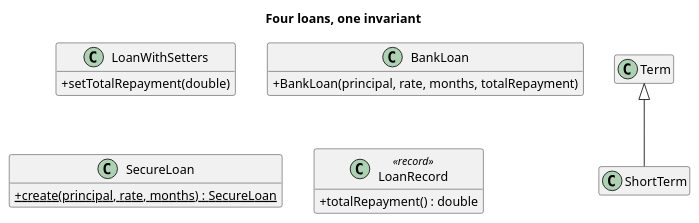
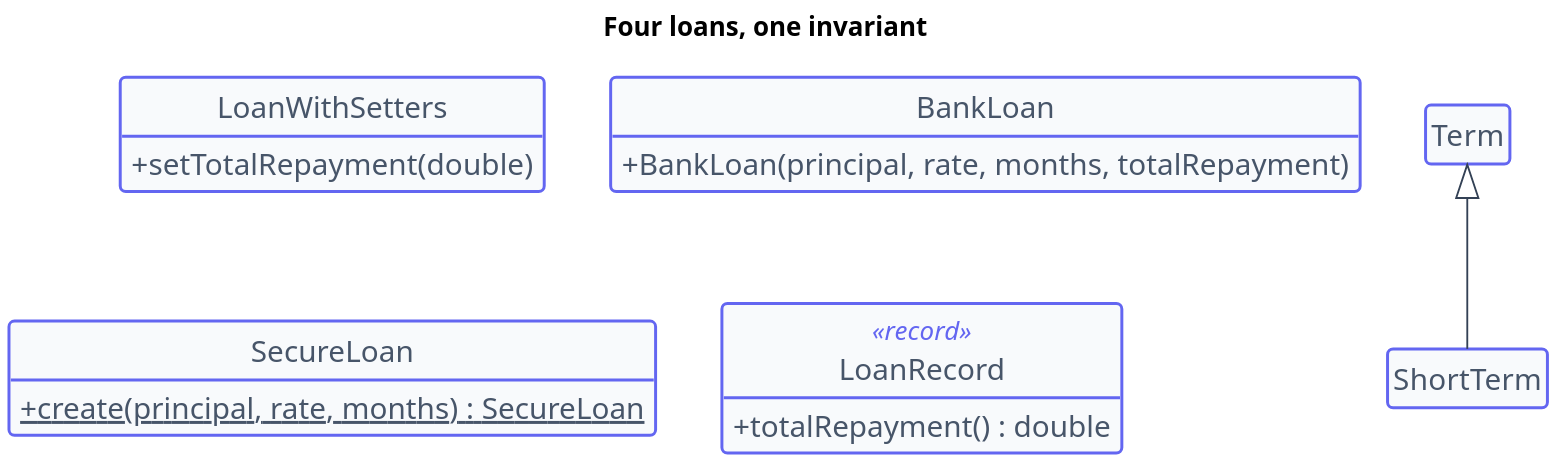
One commit to kaldiroglu/DesignPatternsWithJava changed the diagram in src/main/java/dev/kaldiroglu/dp/creational/introduction/bank/uml/CD.puml. Above: the diagram before and after it, drawn with PlantUML. The commit also changed 283 other files, not shown here.

```diff
--- a/src/main/java/dev/kaldiroglu/dp/creational/introduction/bank/uml/CD.puml
+++ b/src/main/java/dev/kaldiroglu/dp/creational/introduction/bank/uml/CD.puml
@@ -1,20 +1,82 @@
 @startuml
+' begin shared style: tools/creational-uml-style.iuml
+skinparam backgroundColor transparent
+skinparam shadowing false
 skinparam classAttributeIconSize 0
+skinparam defaultFontName Helvetica
+skinparam defaultFontSize 18
+skinparam dpi 200
+skinparam roundCorner 6
+skinparam ArrowColor #334155
+skinparam ArrowFontColor #475569
+skinparam ArrowFontSize 16
+skinparam rectangle {
+  BackgroundColor #F8FAFC
+  BorderColor #6366F1
+  FontColor #0F172A
+}
+skinparam class {
+  BackgroundColor #F8FAFC
+  BorderColor #6366F1
+  BorderThickness 1.6
+  FontColor #0F172A
+  FontStyle plain
+  AttributeFontColor #475569
+  AttributeFontSize 16
+  AttributeFontStyle plain
+  StereotypeFontColor #6366F1
+  StereotypeFontSize 14
+}
+skinparam object {
+  BackgroundColor #EEF2FF
+  BorderColor #6366F1
+  BorderThickness 1.6
+  FontColor #0F172A
+}
+skinparam note {
+  BackgroundColor #FEF9C3
+  BorderColor #F59E0B
+  FontColor #0F172A
+  FontSize 16
+}
+skinparam package {
+  BackgroundColor #FFFFFF
+  BorderColor #94A3B8
+  FontColor #475569
+  FontSize 16
+}
+skinparam sequence {
+  ArrowColor #334155
+  LifeLineBorderColor #94A3B8
+  LifeLineBackgroundColor #E2E8F0
+  ParticipantBackgroundColor #F8FAFC
+  ParticipantBorderColor #6366F1
+  ParticipantFontColor #0F172A
+  ParticipantFontSize 17
+  ActorBackgroundColor #F8FAFC
+  ActorBorderColor #6366F1
+  DividerBackgroundColor #EEF2FF
+  DividerBorderColor #6366F1
+  DividerFontColor #0F172A
+  GroupBackgroundColor #EEF2FF
+}
 hide empty members
+hide circle
+' end shared style
 title Four loans, one invariant
 class LoanWithSetters {
   + setTotalRepayment(double)
 }
 class BankLoan {
   + BankLoan(principal, rate, months, totalRepayment)
 }
 class SecureLoan {
   + {static} create(principal, rate, months) : SecureLoan
 }
 class LoanRecord <<record>> {
   + totalRepayment() : double
 }
 class Term
 class ShortTerm
 Term <|-- ShortTerm
 @enduml
```
